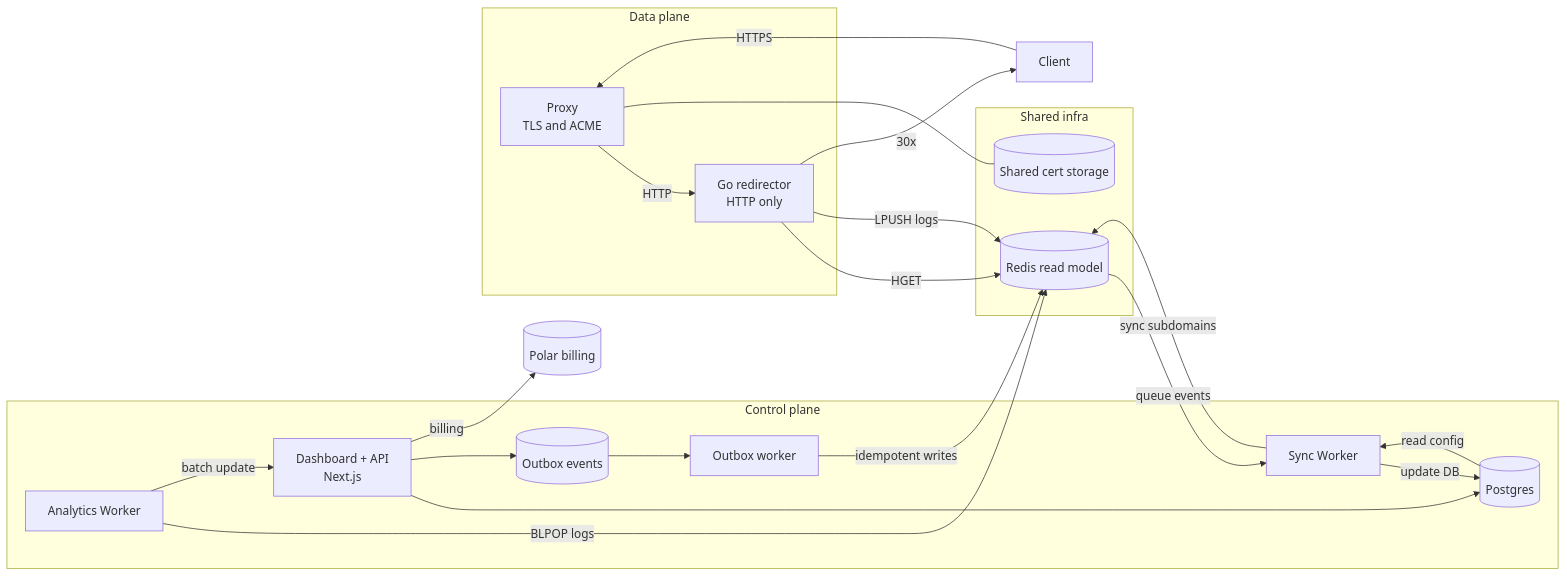
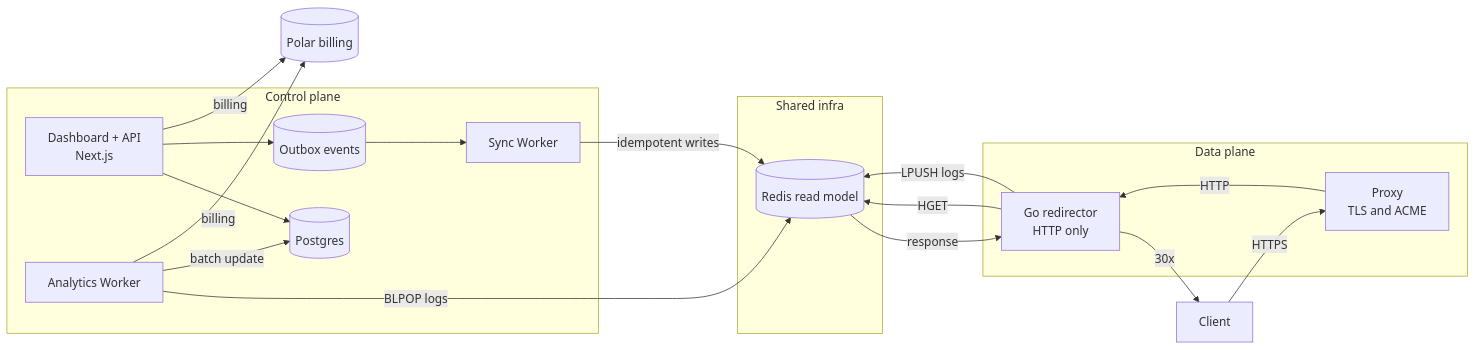
The first of 2 diagrams in README.md (LeonardoTrapani/rediredge), drawn with Mermaid before and after one commit. The commit also changed other lines of this file, not shown here.

````diff
--- a/README.md
+++ b/README.md
@@ -36,42 +36,37 @@
 ```mermaid
 flowchart LR
   %% Shared infra (defined first so other sections can reference)
   subgraph SH[Shared infra]
     R[(Redis read model)]
-    CS[(Shared cert storage)]
   end
 
   %% Control plane
   subgraph CP[Control plane]
-    UI[Dashboard + API\nNext.js]
+    UI[Dashboard + API<br>Next.js]
     PG[(Postgres)]
     OBQ[(Outbox events)]
-    W[Outbox worker]
+    SW[Sync Worker]
     AW[Analytics Worker]
-    SW[Sync Worker]
     UI --> PG
     UI --> OBQ
-    OBQ --> W
-    W -->|idempotent writes| R
+    OBQ --> SW
+    SW -->|idempotent writes| R
     AW -->|BLPOP logs| R
-    AW -->|batch update| UI
-    R -->|queue events| SW
-    SW -->|update DB| PG
-    PG -->|read config| SW
-    SW -->|sync subdomains| R
+    AW -->|batch update| PG
   end
 
   %% Data plane
   subgraph DP[Data plane]
-    PXY[Proxy\nTLS and ACME]
-    EDGE[Go redirector\nHTTP only]
+    PXY[Proxy<br>TLS and ACME]
+    EDGE[Go redirector<br>HTTP only]
     PXY -->|HTTP| EDGE
     EDGE -->|HGET| R
+    R -->|response| EDGE
     EDGE -->|LPUSH logs| R
   end
 
   C[Client] -->|HTTPS| PXY
   EDGE -->|30x| C
-  PXY --- CS
   UI -->|billing| POLAR[(Polar billing)]
+  AW -->|billing| POLAR
 ```
````
